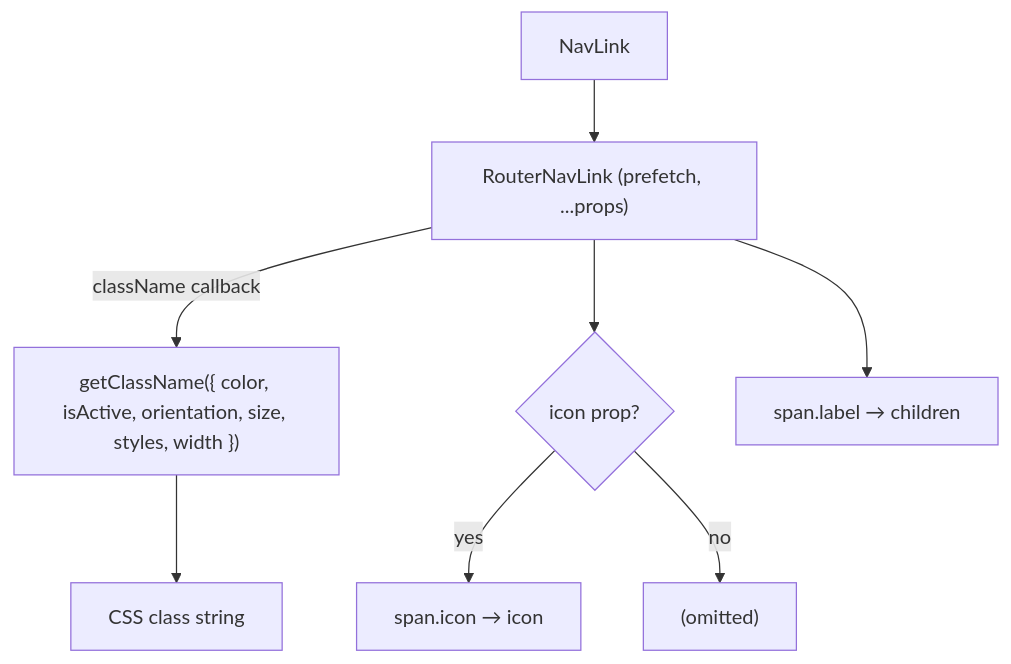
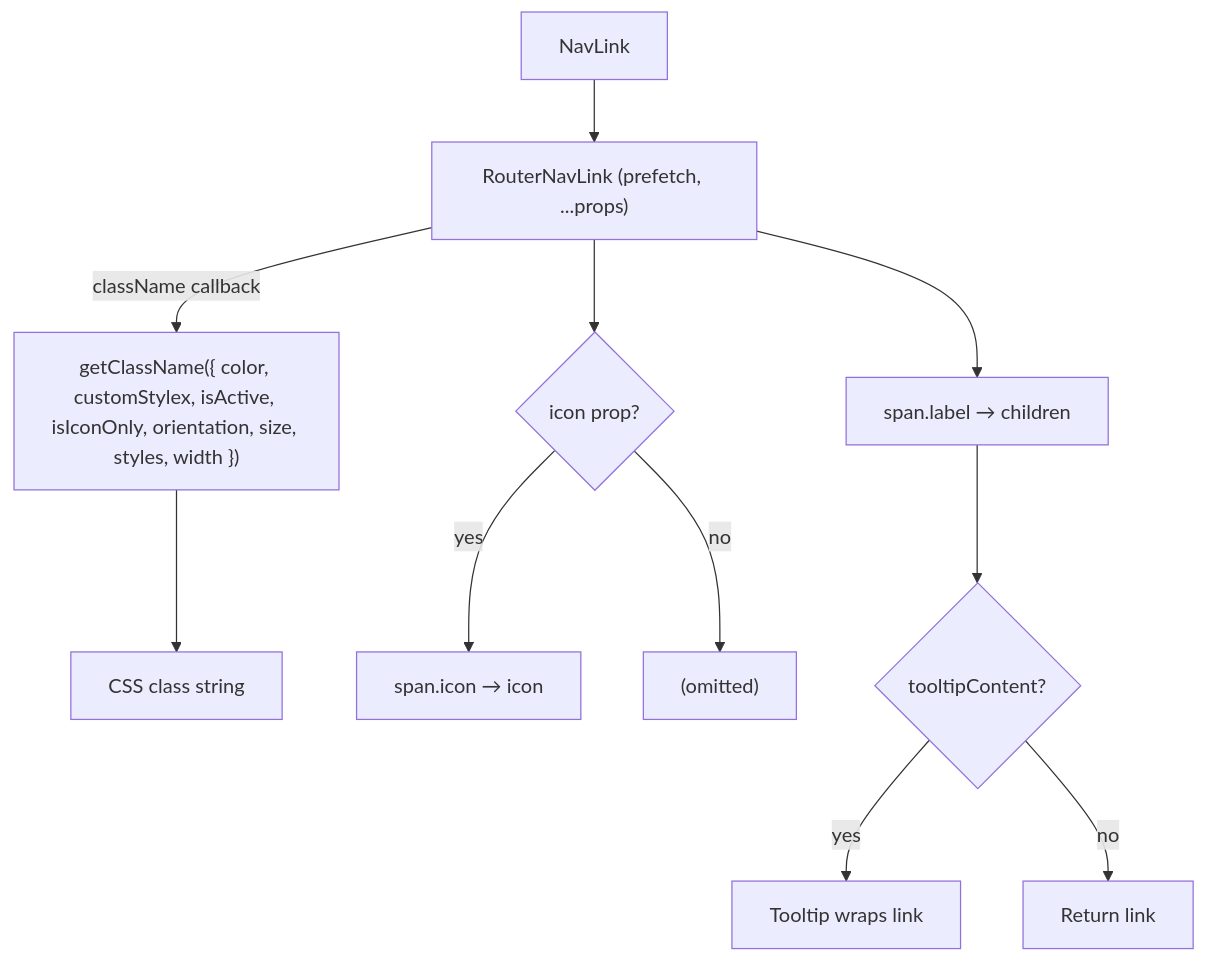
Before and after one commit to luciocabrera/lcabrera-stack: the second of 2 diagrams in apps/react-router/src/components/NavLink/ARCHITECTURE.md, drawn with Mermaid. The commit also changed other lines of this file and 20 other files, not shown here.

Commit message:
feat: implement compact mode for AppNavigation and Toolbar components with icon-only controls and tooltips

````diff
--- a/apps/react-router/src/components/NavLink/ARCHITECTURE.md
+++ b/apps/react-router/src/components/NavLink/ARCHITECTURE.md
@@ -40,10 +41,13 @@
 ```mermaid
 graph TD
   NavLink --> RouterNavLink2["RouterNavLink (prefetch, ...props)"]
-  RouterNavLink2 -->|"className callback"| getClassNameCall["getClassName({ color, isActive, orientation, size, styles, width })"]
+  RouterNavLink2 -->|"className callback"| getClassNameCall["getClassName({ color, customStylex, isActive, isIconOnly, orientation, size, styles, width })"]
   getClassNameCall --> classString["CSS class string"]
   RouterNavLink2 --> IconSlot{"icon prop?"}
   IconSlot -->|yes| IconSpan["span.icon → icon"]
   IconSlot -->|no| skip["(omitted)"]
   RouterNavLink2 --> LabelSpan["span.label → children"]
+  LabelSpan --> TooltipSlot{"tooltipContent?"}
+  TooltipSlot -->|yes| TooltipWrap["Tooltip wraps link"]
+  TooltipSlot -->|no| ReturnLink["Return link"]
 ```
````
